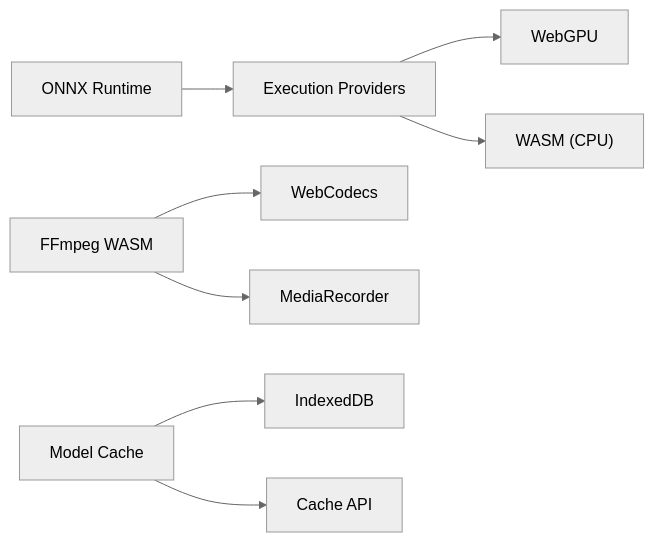
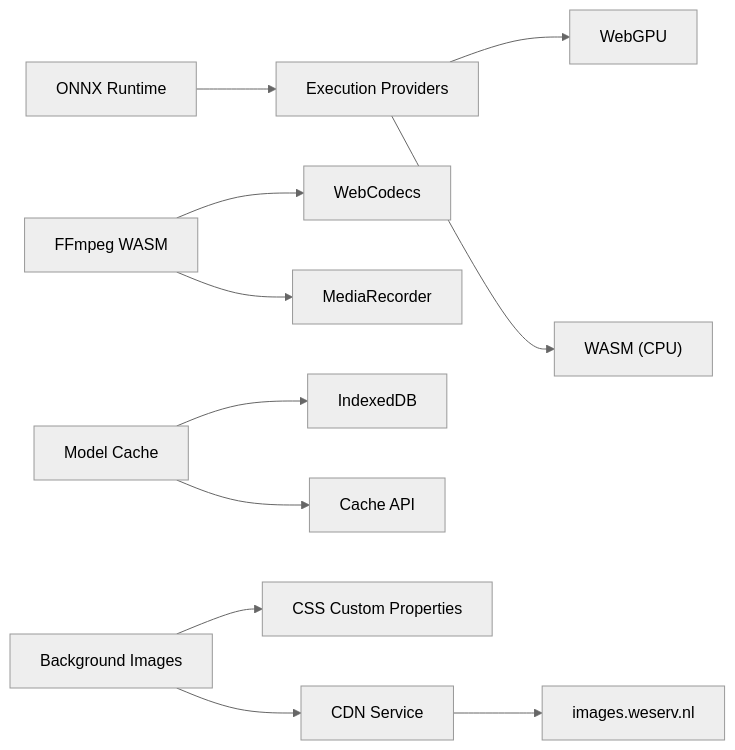
One commit to treasureGrove/TAWEBTOOL changed the eighth of 8 diagrams in .qoder/repowiki/en/content/Technical Implementation/Performance Optimization.md. Above: the diagram before and after it, drawn with Mermaid (neutral theme). The commit also changed other lines of this file and 31 other files, not shown here.

````diff
--- a/.qoder/repowiki/en/content/Technical Implementation/Performance Optimization.md
+++ b/.qoder/repowiki/en/content/Technical Implementation/Performance Optimization.md
@@ -255,10 +356,13 @@
 ```mermaid
 graph LR
 ORT["ONNX Runtime"] --> EP["Execution Providers"]
 EP --> WEBGPU["WebGPU"]
 EP --> WASM["WASM (CPU)"]
 FF["FFmpeg WASM"] --> WC["WebCodecs"]
 FF --> MR["MediaRecorder"]
 Cache["Model Cache"] --> IDB["IndexedDB"]
 Cache --> CA["Cache API"]
+BG["Background Images"] --> CSS_VAR["CSS Custom Properties"]
+BG --> CDN["CDN Service"]
+CDN --> WESERV["images.weserv.nl"]
 ```
````
